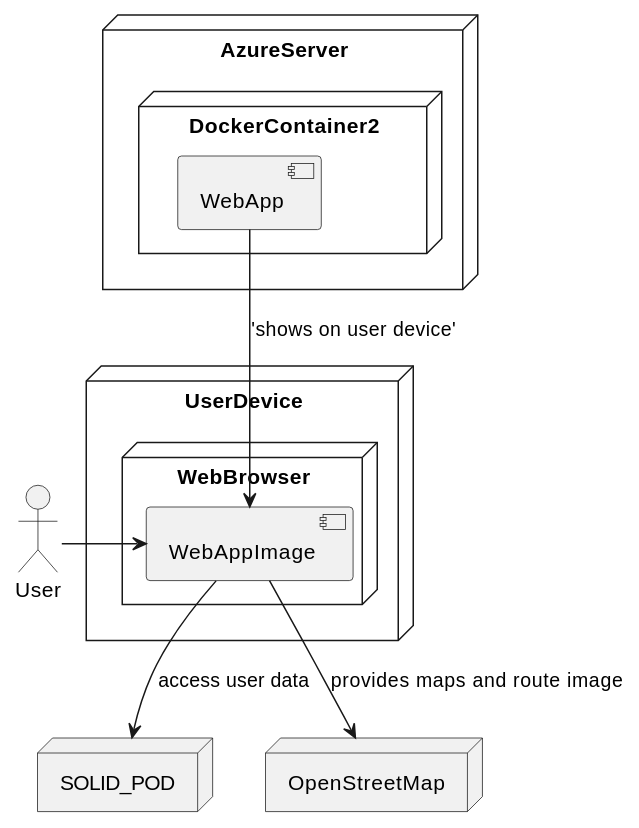
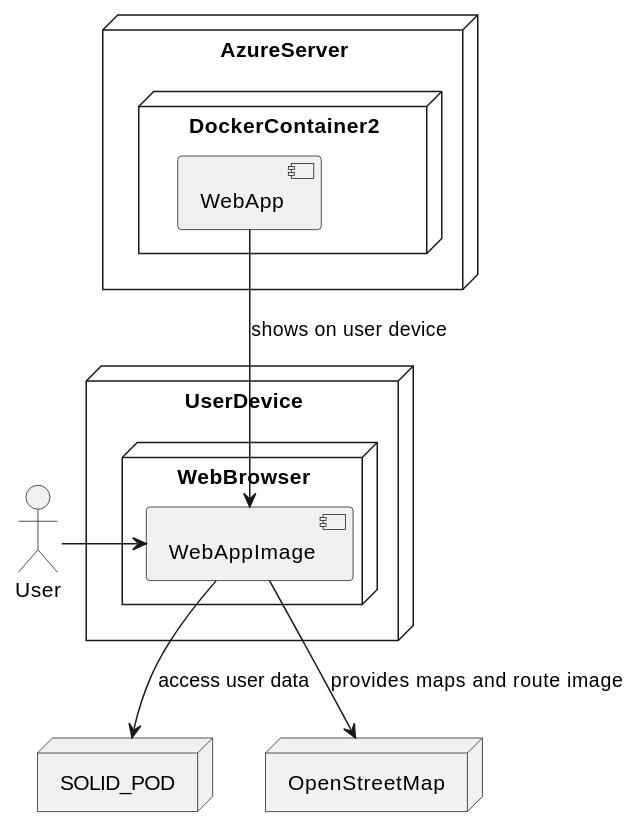
Before and after one commit to Arquisoft/lomap_es3a: the diagram in docs/07_deployment_view.adoc, drawn with PlantUML.

Commit message:
06/04/2023 - Omar - Corregido diagrama 7

```diff
--- a/docs/07_deployment_view.adoc
+++ b/docs/07_deployment_view.adoc
@@ -6,24 +6,24 @@
 [plantuml, "infrastructure-level1", png]
 ----
 node AzureServer{    
     node DockerContainer2 {
         component WebApp
     }    
 }
  
 node UserDevice {
     node WebBrowser {
         component WebAppImage
     }
 }
  
 Actor User
  
 node SOLID_POD
 node OpenStreetMap
  
 WebAppImage -d-> SOLID_POD : "access user data"
 WebAppImage -d-> OpenStreetMap : "provides maps and route image"
-WebApp -d-> WebAppImage : 'shows on user device'
+WebApp -d-> WebAppImage : "shows on user device"
 WebAppImage <-l- User
 ----
```
